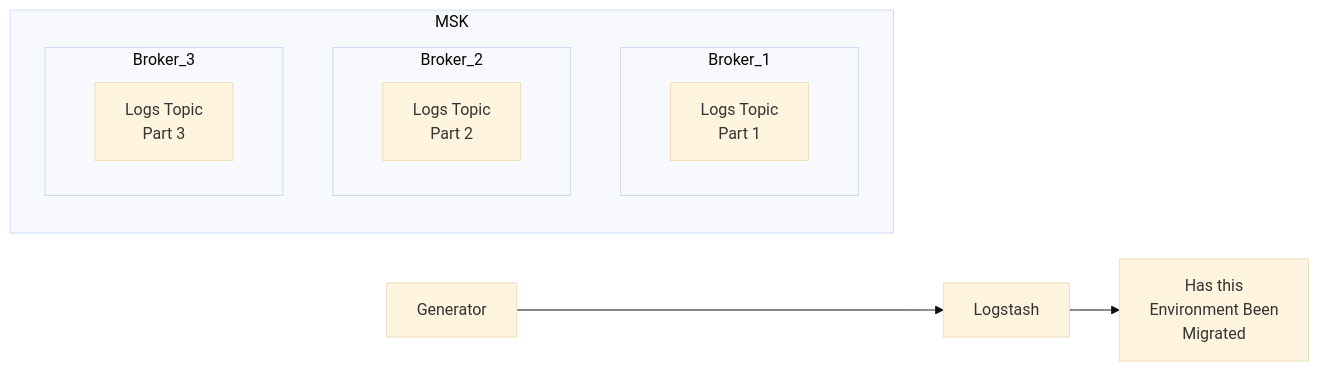
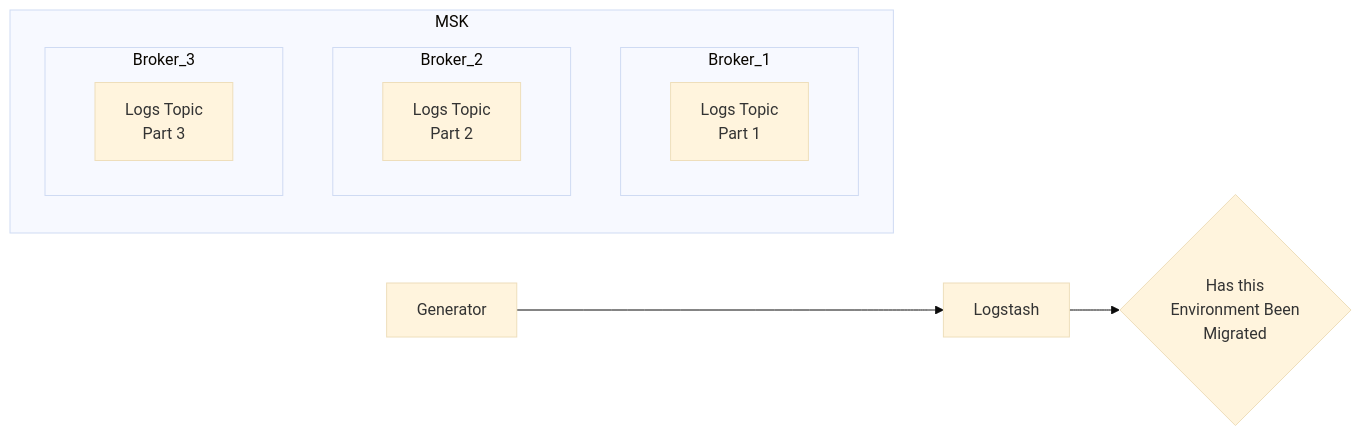
The second of 2 diagrams in README.md (Saskia-MDTP/can-hedgehogs-fly), drawn with Mermaid (base theme) before and after one commit.

````diff
--- a/README.md
+++ b/README.md
@@ -15,16 +15,16 @@
 ```mermaid
   graph LR;
       subgraph MSK
           subgraph Broker_1
               P1[Logs Topic<br/>Part 1];
            end
           subgraph Broker_2
               P2[Logs Topic<br/>Part 2];
            end
           subgraph Broker_3
               P3[Logs Topic<br/>Part 3];
            end
        end
    Generator-->Logstash;
-   Logstash-->Q1[Has this<br/>Environment Been<br/>Migrated]
+   Logstash-->Q1{Has this<br/>Environment Been<br/>Migrated};
 ```
````
